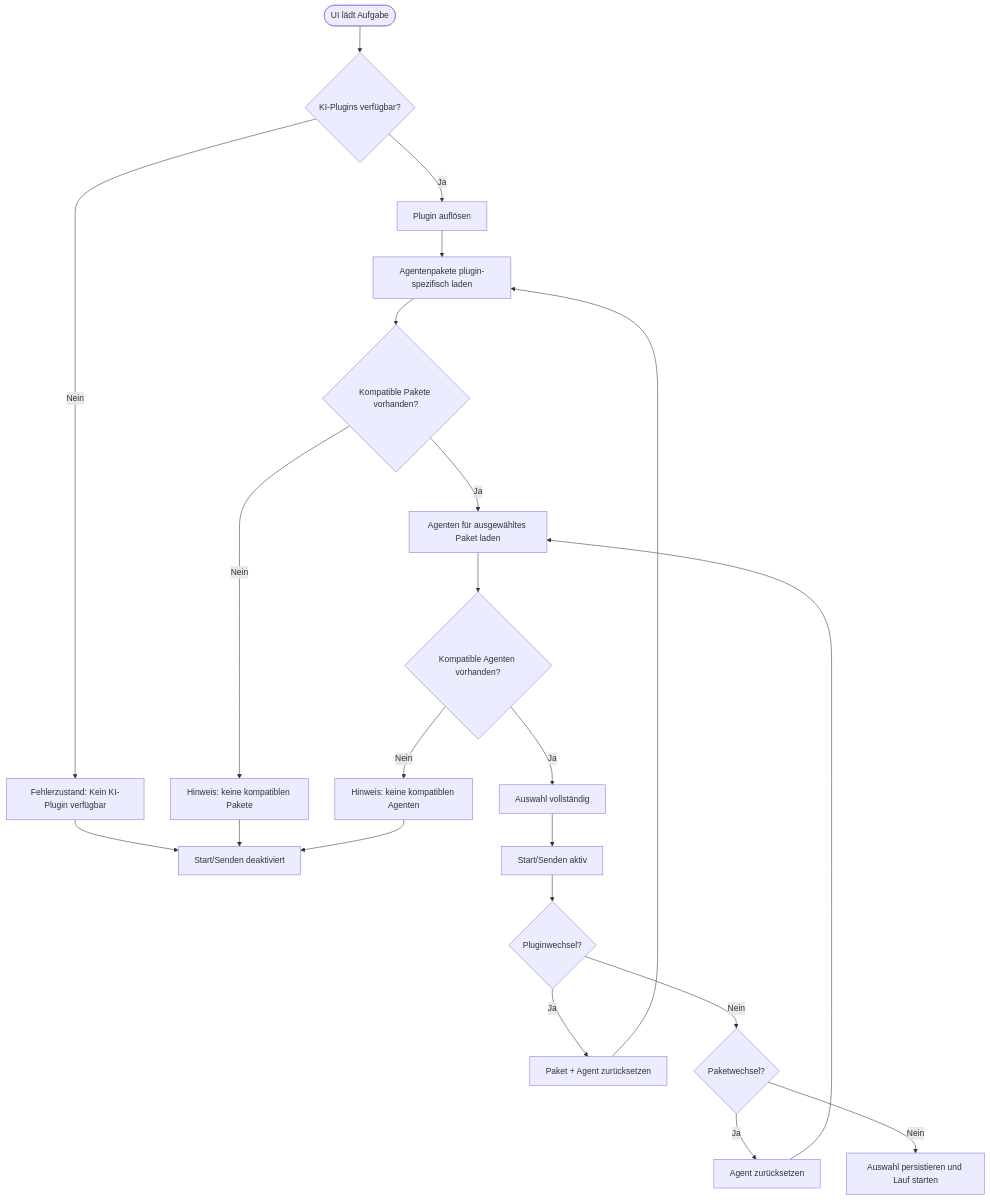
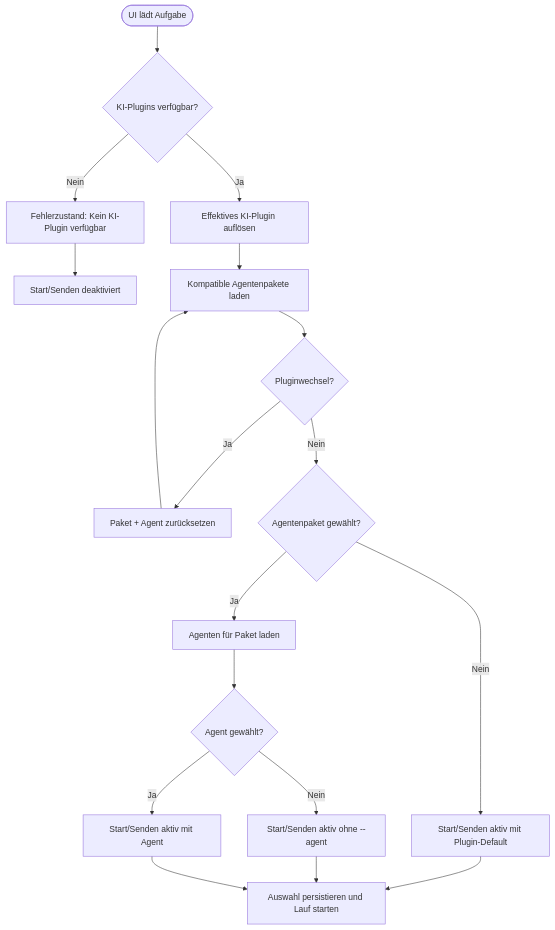
Before and after one commit to martin-stromberg/Softwareschmiede: the second of 2 diagrams in docs/flows/ki-plugin-spezifische-agenten-discovery-auswahl-flow.md, drawn with Mermaid. The commit also changed other lines of this file and 28 other files, not shown here.

````diff
--- a/docs/flows/ki-plugin-spezifische-agenten-discovery-auswahl-flow.md
+++ b/docs/flows/ki-plugin-spezifische-agenten-discovery-auswahl-flow.md
@@ -54,24 +49,20 @@
 ```mermaid
 flowchart TD
     A([UI lädt Aufgabe]) --> B{KI-Plugins verfügbar?}
     B -- Nein --> B1[Fehlerzustand: Kein KI-Plugin verfügbar]
     B1 --> Z[Start/Senden deaktiviert]
-    B -- Ja --> C[Plugin auflösen]
-    C --> D[Agentenpakete plugin-spezifisch laden]
-    D --> E{Kompatible Pakete vorhanden?}
-    E -- Nein --> E1[Hinweis: keine kompatiblen Pakete]
-    E1 --> Z
-    E -- Ja --> F[Agenten für ausgewähltes Paket laden]
-    F --> G{Kompatible Agenten vorhanden?}
-    G -- Nein --> G1[Hinweis: keine kompatiblen Agenten]
-    G1 --> Z
-    G -- Ja --> H[Auswahl vollständig]
-    H --> I[Start/Senden aktiv]
-    I --> J{Pluginwechsel?}
-    J -- Ja --> J1[Paket + Agent zurücksetzen]
-    J1 --> D
-    J -- Nein --> K{Paketwechsel?}
-    K -- Ja --> K1[Agent zurücksetzen]
-    K1 --> F
-    K -- Nein --> L[Auswahl persistieren und Lauf starten]
+    B -- Ja --> C[Effektives KI-Plugin auflösen]
+    C --> D[Kompatible Agentenpakete laden]
+    D --> E{Pluginwechsel?}
+    E -- Ja --> E1[Paket + Agent zurücksetzen]
+    E1 --> D
+    E -- Nein --> F{Agentenpaket gewählt?}
+    F -- Nein --> G[Start/Senden aktiv mit Plugin-Default]
+    F -- Ja --> H[Agenten für Paket laden]
+    H --> I{Agent gewählt?}
+    I -- Nein --> J[Start/Senden aktiv ohne --agent]
+    I -- Ja --> K[Start/Senden aktiv mit Agent]
+    G --> L[Auswahl persistieren und Lauf starten]
+    J --> L
+    K --> L
 ```
````
